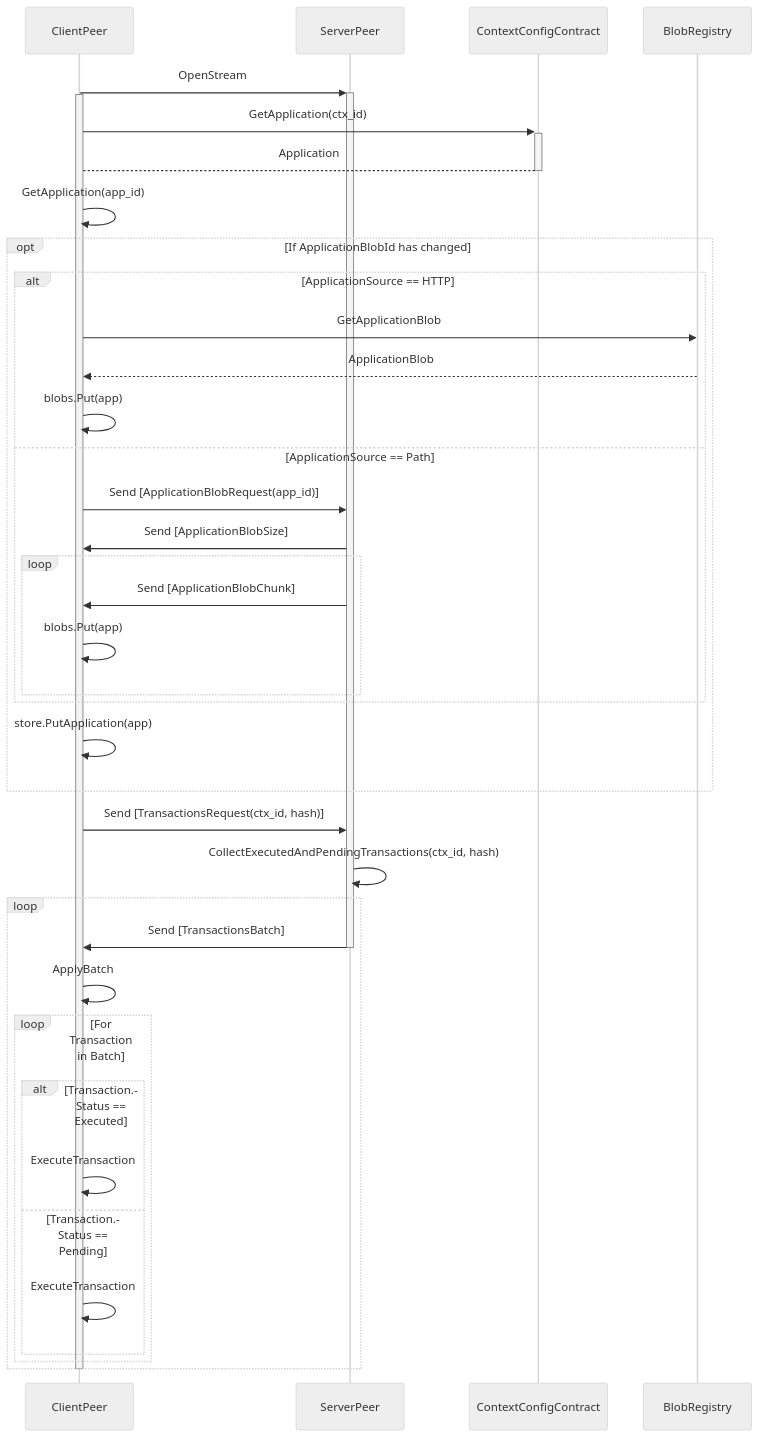
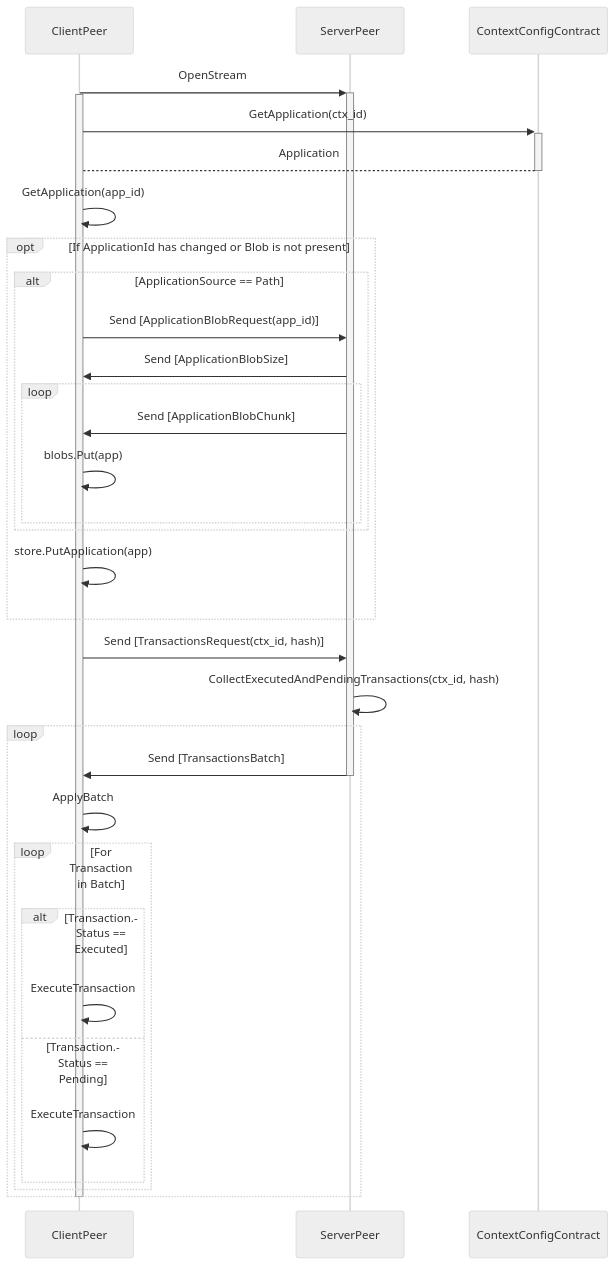
Before and after one commit to calimero-network/core: the second of 2 diagrams in crates/node/README.md, drawn with Mermaid (neutral theme). The commit also changed 2 other files, not shown here.

Commit message:
feat(node): only stream catchup application blob

````diff
--- a/crates/node/README.md
+++ b/crates/node/README.md
@@ -79,50 +79,45 @@
 ```mermaid
 sequenceDiagram
     ClientPeer->>+ServerPeer: OpenStream
     Activate ClientPeer
 
     ClientPeer->>+ContextConfigContract: GetApplication(ctx_id)
     ContextConfigContract-->-ClientPeer: Application
 
     ClientPeer->>ClientPeer: GetApplication(app_id)
 
-    opt If ApplicationBlobId has changed
+    opt If ApplicationId has changed or Blob is not present
 
-    alt ApplicationSource == HTTP
-    ClientPeer->>BlobRegistry: GetApplicationBlob
-    BlobRegistry-->>ClientPeer: ApplicationBlob
-    ClientPeer->>ClientPeer: blobs.Put(app)
-
-    else ApplicationSource == Path
+    alt ApplicationSource == Path
     ClientPeer->>ServerPeer: Send [ApplicationBlobRequest(app_id)]
     ServerPeer->>ClientPeer: Send [ApplicationBlobSize]
     loop
     ServerPeer->>ClientPeer: Send [ApplicationBlobChunk]
     ClientPeer->>ClientPeer: blobs.Put(app)
     end
 
     end
 
     ClientPeer->>ClientPeer: store.PutApplication(app)
 
     end
 
     ClientPeer->>ServerPeer: Send [TransactionsRequest(ctx_id, hash)]
     ServerPeer->>ServerPeer: CollectExecutedAndPendingTransactions(ctx_id, hash)
 
     loop
     ServerPeer->>-ClientPeer: Send [TransactionsBatch]
     ClientPeer->>ClientPeer: ApplyBatch
     loop For Transaction in Batch
     alt Transaction.Status == Executed
     ClientPeer->>ClientPeer: ExecuteTransaction
 
     else Transaction.Status == Pending
     ClientPeer->>ClientPeer: ExecuteTransaction
     end
 
     end
     end
 
     Deactivate ClientPeer
 ```
````
